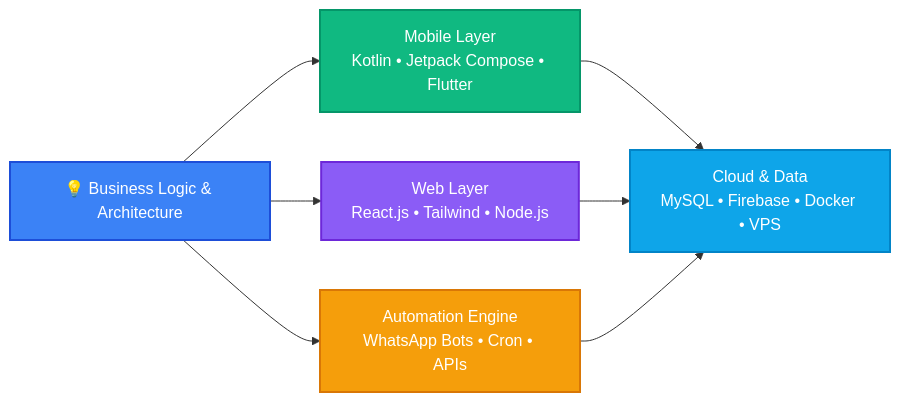
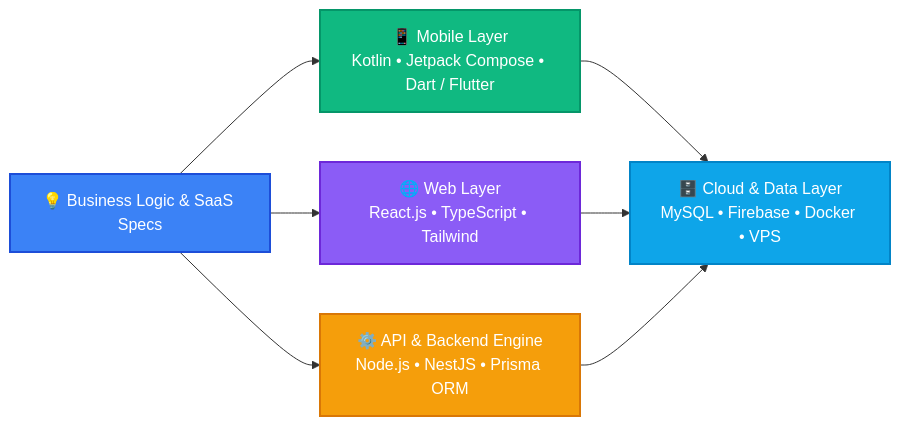
The second of 2 diagrams in README.md (jayagarwal-github/jayagarwal-github), drawn with Mermaid before and after one commit. The commit also changed other lines of this file, not shown here.

Commit message:
Highlight TypeScript, Dart, Flutter, Prisma ORM and SaaS engineering capabilities

````diff
--- a/README.md
+++ b/README.md
@@ -45,15 +46,15 @@
 ```mermaid
 graph LR
-    A["💡 Business Logic & Architecture"] --> B[" Mobile Layer<br/>Kotlin • Jetpack Compose • Flutter"]
-    A --> C["Web Layer<br/>React.js • Tailwind • Node.js"]
-    A --> D["Automation Engine<br/>WhatsApp Bots • Cron • APIs"]
-    B --> E["Cloud & Data<br/>MySQL • Firebase • Docker • VPS"]
+    A["💡 Business Logic & SaaS Specs"] --> B["📱 Mobile Layer<br/>Kotlin • Jetpack Compose • Dart / Flutter"]
+    A --> C["🌐 Web Layer<br/>React.js • TypeScript • Tailwind"]
+    A --> D["⚙️ API & Backend Engine<br/>Node.js • NestJS • Prisma ORM"]
+    B --> E["🗄️ Cloud & Data Layer<br/>MySQL • Firebase • Docker • VPS"]
     C --> E
     D --> E
 
     style A fill:#3b82f6,stroke:#1d4ed8,stroke-width:2px,color:#fff
     style B fill:#10b981,stroke:#059669,stroke-width:2px,color:#fff
     style C fill:#8b5cf6,stroke:#6d28d9,stroke-width:2px,color:#fff
     style D fill:#f59e0b,stroke:#d97706,stroke-width:2px,color:#fff
     style E fill:#0ea5e9,stroke:#0284c7,stroke-width:2px,color:#fff
 ```
````
